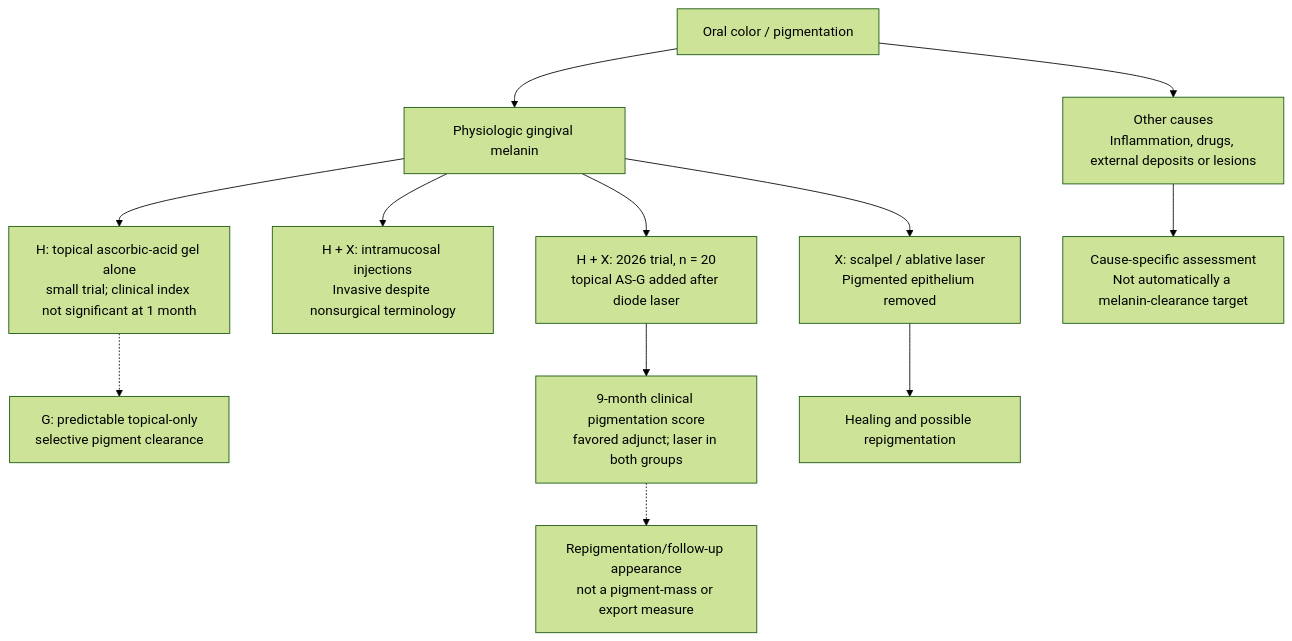
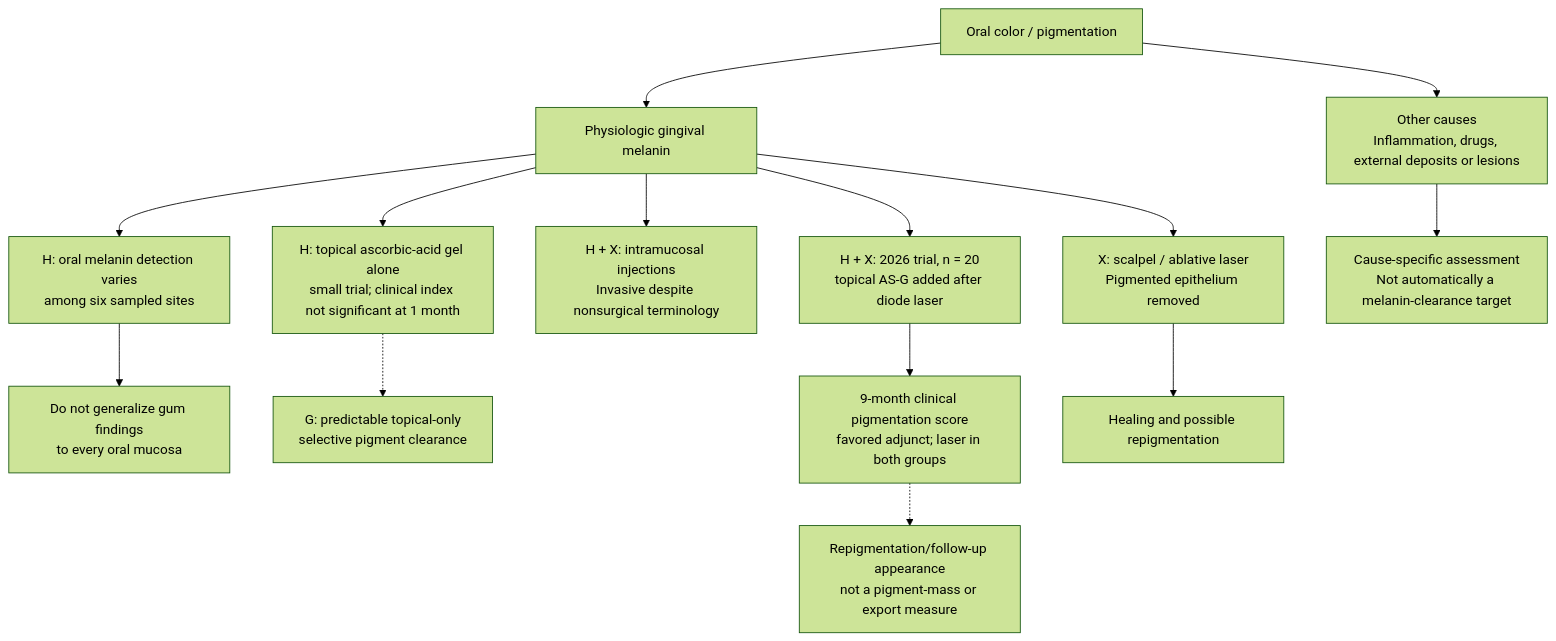
One commit to dylanstechmann/iris-color-without-contacts changed the eighth of 20 diagrams in research/tissue-pigment-atlas.md. Above: the diagram before and after it, drawn with Mermaid (forest theme). The commit also changed other lines of this file, not shown here.

Commit message:
Add oral-site variation evidence to gum atlas

````diff
--- a/research/tissue-pigment-atlas.md
+++ b/research/tissue-pigment-atlas.md
@@ -213,14 +213,16 @@
 ```mermaid
 flowchart TD
     A["Oral color / pigmentation"] --> B["Physiologic gingival melanin"]
     A --> C["Other causes<br/>Inflammation, drugs, external deposits or lesions"]
+    B --> V["H: oral melanin detection varies<br/>among six sampled sites"]
+    V --> X["Do not generalize gum findings<br/>to every oral mucosa"]
     B --> T["H: topical ascorbic-acid gel alone<br/>small trial; clinical index not significant at 1 month"]
     T -.-> G["G: predictable topical-only<br/>selective pigment clearance"]
     B --> I["H + X: intramucosal injections<br/>Invasive despite nonsurgical terminology"]
     B --> L["H + X: 2026 trial, n = 20<br/>topical AS-G added after diode laser"]
     L --> D9["9-month clinical pigmentation score<br/>favored adjunct; laser in both groups"]
     D9 -.-> C9["Repigmentation/follow-up appearance<br/>not a pigment-mass or export measure"]
     B --> S["X: scalpel / ablative laser<br/>Pigmented epithelium removed"]
     S --> R["Healing and possible repigmentation"]
     C --> O["Cause-specific assessment<br/>Not automatically a melanin-clearance target"]
 ```
````
